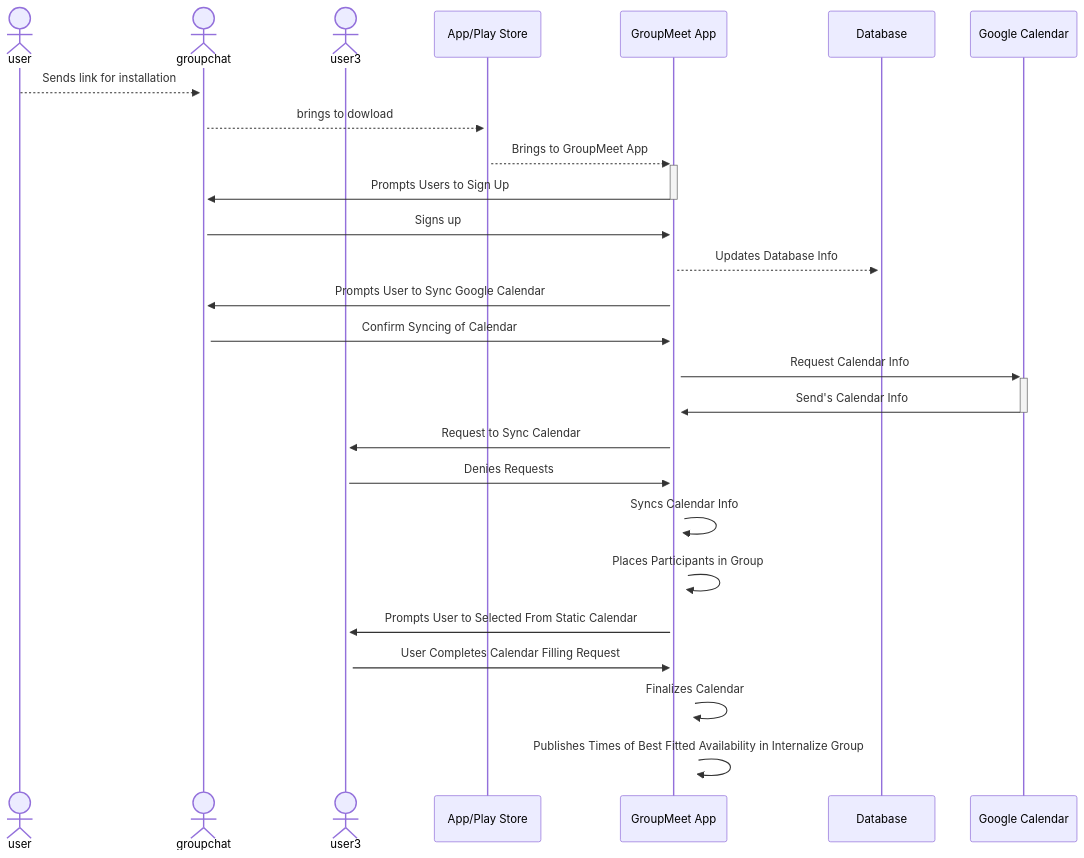
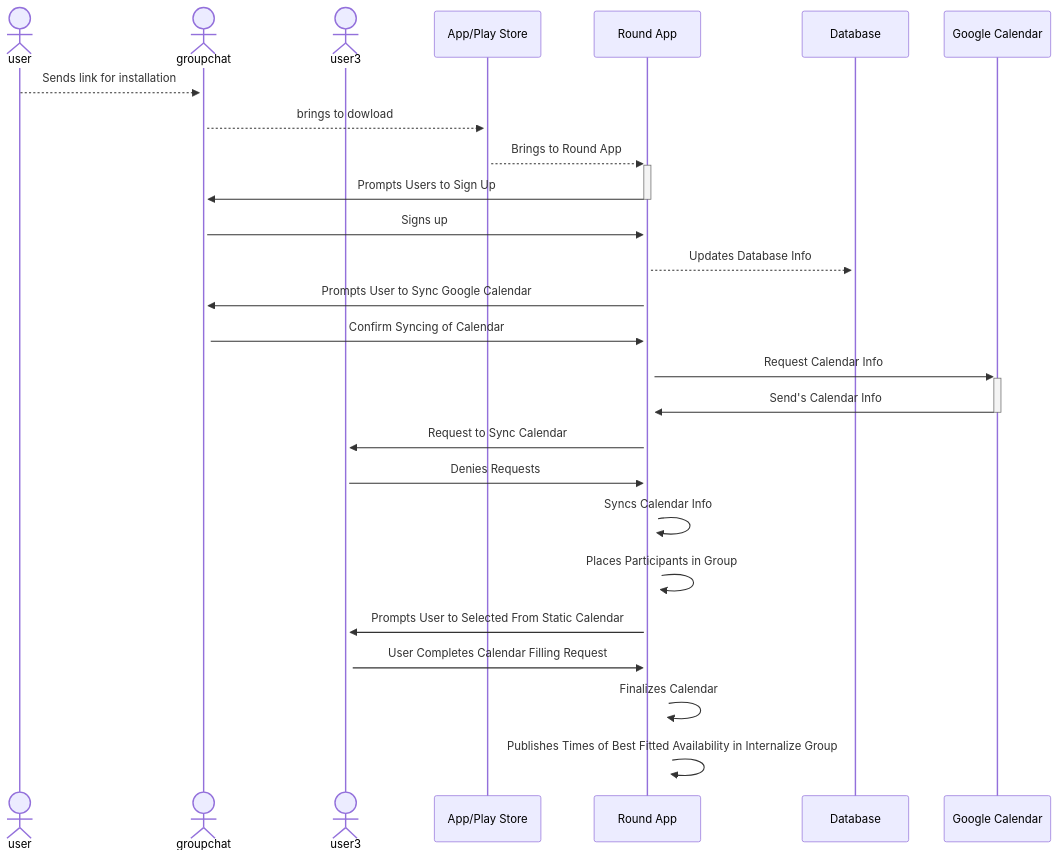
Before and after one commit to Capstone-Projects-2023-Spring/project-groupmeet: the eighth of 12 diagrams in documentation/docs/system-architecture/design.md, drawn with Mermaid. The commit also changed other lines of this file and 12 other files, not shown here.

````diff
--- a/documentation/docs/system-architecture/design.md
+++ b/documentation/docs/system-architecture/design.md
@@ -289,24 +291,24 @@
 ```mermaid
 sequenceDiagram
     actor user
     actor groupchat
     actor user3
     user-->>+groupchat: Sends link for installation
     groupchat-->>+App/Play Store: brings to dowload
-    App/Play Store-->>+GroupMeet App: Brings to GroupMeet App
-    GroupMeet App->>-groupchat: Prompts Users to Sign Up
-    groupchat->>+GroupMeet App: Signs up
-    GroupMeet App-->>+Database: Updates Database Info
-    GroupMeet App->>+groupchat: Prompts User to Sync Google Calendar
-    groupchat->>+GroupMeet App: Confirm Syncing of Calendar
-    GroupMeet App->>+Google Calendar: Request Calendar Info
-    Google Calendar->>-GroupMeet App: Send's Calendar Info
-    GroupMeet App->>+user3: Request to Sync Calendar
-    user3->>+GroupMeet App: Denies Requests
-    GroupMeet App->>+GroupMeet App: Syncs Calendar Info
-    GroupMeet App->>+GroupMeet App: Places Participants in Group
-    GroupMeet App->>+user3: Prompts User to Selected From Static Calendar
-    user3->>+GroupMeet App: User Completes Calendar Filling Request
-    GroupMeet App->>+GroupMeet App: Finalizes Calendar
-    GroupMeet App->>+GroupMeet App: Publishes Times of Best Fitted Availability in Internalize Group
+    App/Play Store-->>+Round App: Brings to Round App
+    Round App->>-groupchat: Prompts Users to Sign Up
+    groupchat->>+Round App: Signs up
+    Round App-->>+Database: Updates Database Info
+    Round App->>+groupchat: Prompts User to Sync Google Calendar
+    groupchat->>+Round App: Confirm Syncing of Calendar
+    Round App->>+Google Calendar: Request Calendar Info
+    Google Calendar->>-Round App: Send's Calendar Info
+    Round App->>+user3: Request to Sync Calendar
+    user3->>+Round App: Denies Requests
+    Round App->>+Round App: Syncs Calendar Info
+    Round App->>+Round App: Places Participants in Group
+    Round App->>+user3: Prompts User to Selected From Static Calendar
+    user3->>+Round App: User Completes Calendar Filling Request
+    Round App->>+Round App: Finalizes Calendar
+    Round App->>+Round App: Publishes Times of Best Fitted Availability in Internalize Group
 ``` 
````
